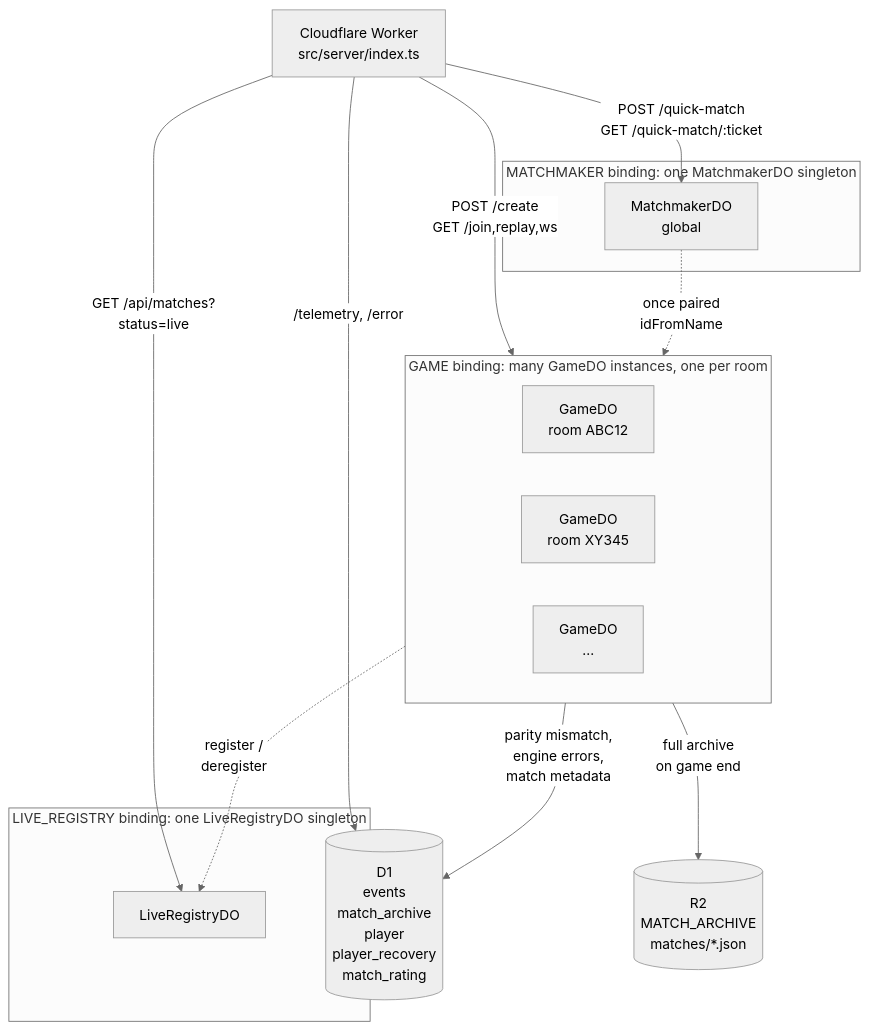
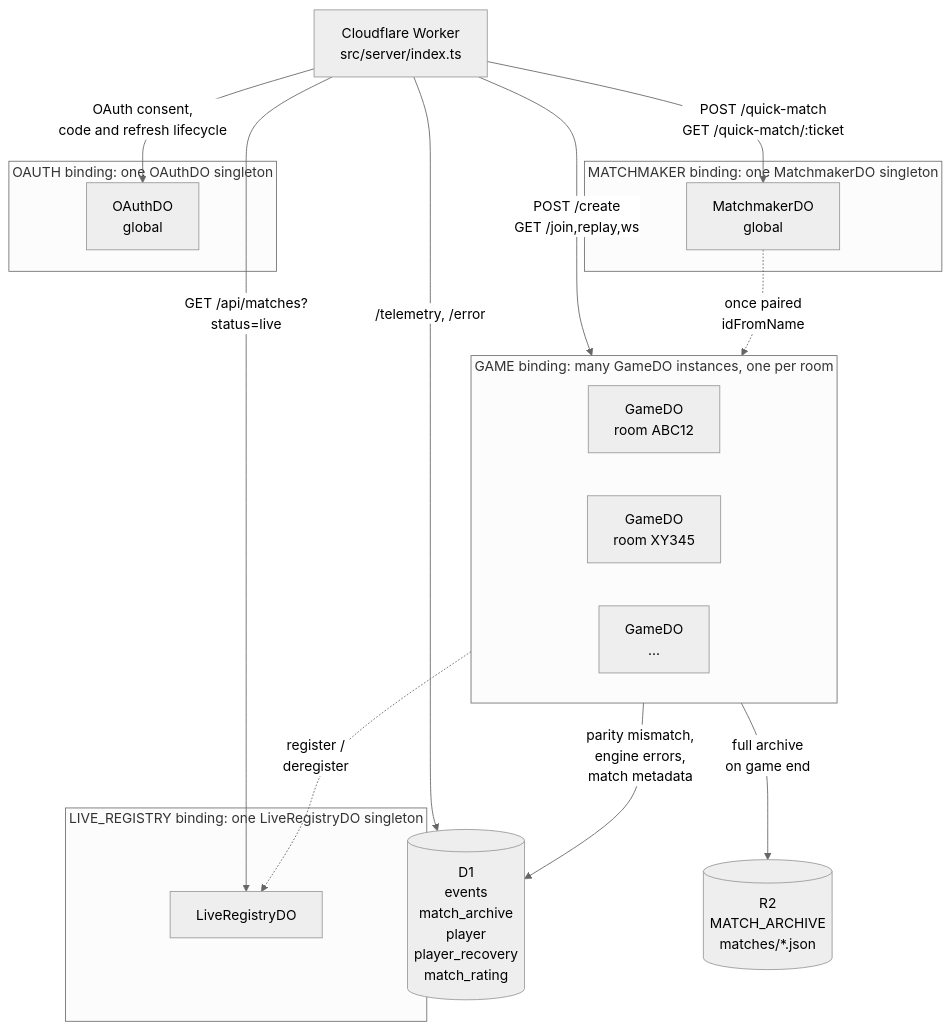
Before and after one commit to tre-systems/delta-v: the first of 7 diagrams in docs/ARCHITECTURE.md, drawn with Mermaid (neutral theme). The commit also changed other lines of this file and 29 other files, not shown here.

````diff
--- a/docs/ARCHITECTURE.md
+++ b/docs/ARCHITECTURE.md
@@ -52,33 +53,38 @@
 ```mermaid
 flowchart TB
   W[Cloudflare Worker<br/>src/server/index.ts]
 
   subgraph GAME[GAME binding: many GameDO instances, one per room]
     direction LR
     G1[GameDO<br/>room ABC12]
     G2[GameDO<br/>room XY345]
     GN[GameDO<br/>...]
   end
 
   subgraph MATCHMAKER[MATCHMAKER binding: one MatchmakerDO singleton]
     M[MatchmakerDO<br/>global]
   end
 
   subgraph LIVE_REGISTRY[LIVE_REGISTRY binding: one LiveRegistryDO singleton]
     L[LiveRegistryDO]
   end
 
+  subgraph OAUTH[OAUTH binding: one OAuthDO singleton]
+    O[OAuthDO<br/>global]
+  end
+
   W -->|POST /quick-match<br/>GET /quick-match/:ticket| M
   W -->|POST /create<br/>GET /join,replay,ws| GAME
   W -->|GET /api/matches?status=live| L
+  W -->|OAuth consent,<br/>code and refresh lifecycle| O
 
   M -.->|once paired<br/>idFromName| GAME
   GAME -.->|register /<br/>deregister| L
 
   D[(D1<br/>events<br/>match_archive<br/>player<br/>player_recovery<br/>match_rating)]
   R[(R2<br/>MATCH_ARCHIVE<br/>matches/*.json)]
 
   GAME -->|parity mismatch,<br/>engine errors,<br/>match metadata| D
   GAME -->|full archive<br/>on game end| R
   W -->|/telemetry, /error| D
 ```
````
